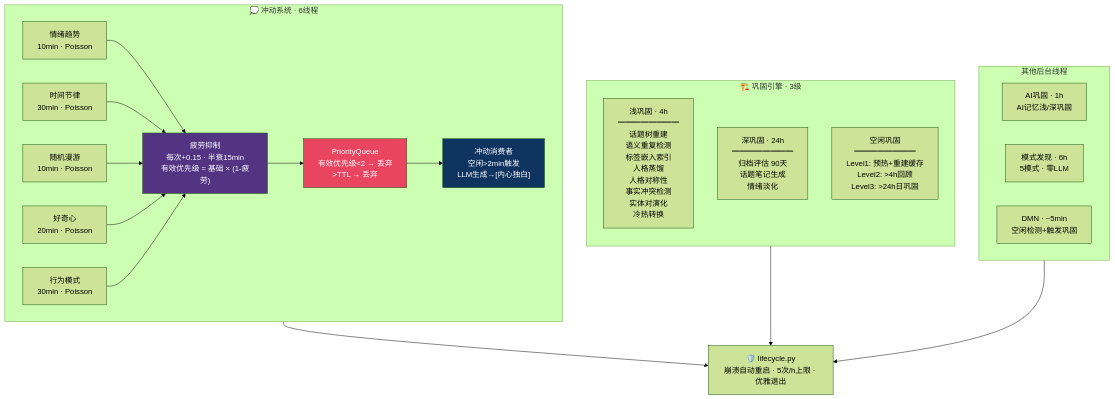
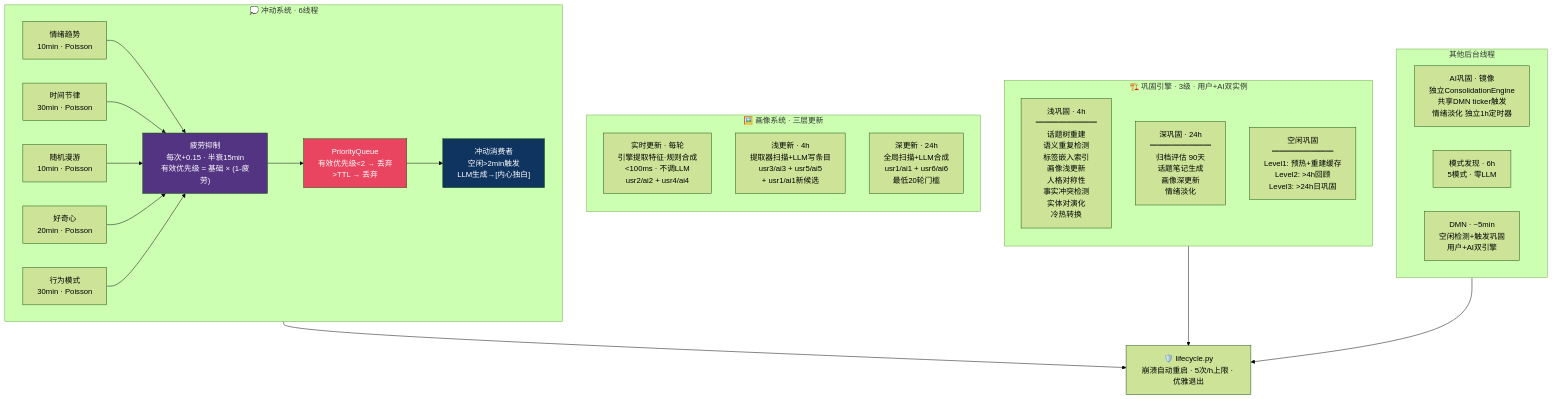
One commit to 834063245-creator/-First-beat.CH-MemorySystem changed the sixth of 11 diagrams in ARCHITECTURE_DIAGRAM.md. Above: the diagram before and after it, drawn with Mermaid (forest theme). The commit also changed other lines of this file and 4 other files, not shown here.

````diff
--- a/ARCHITECTURE_DIAGRAM.md
+++ b/ARCHITECTURE_DIAGRAM.md
@@ -204,36 +206,43 @@
 ```mermaid
 flowchart TB
     subgraph IMPULSE["💭 冲动系统 · 6线程"]
         direction LR
         IS1["情绪趋势<br/>10min · Poisson"]
         IS2["时间节律<br/>30min · Poisson"]
         IS3["随机漫游<br/>10min · Poisson"]
         IS4["好奇心<br/>20min · Poisson"]
         IS5["行为模式<br/>30min · Poisson"]
         
         IS1 & IS2 & IS3 & IS4 & IS5 --> FATIGUE["疲劳抑制<br/>每次+0.15 · 半衰15min<br/>有效优先级 = 基础 × (1-疲劳)"]
         FATIGUE --> PQ["PriorityQueue<br/>有效优先级<2 → 丢弃<br/>>TTL → 丢弃"]
         PQ --> CONSUMER["冲动消费者<br/>空闲>2min触发<br/>LLM生成→[内心独白]"]
     end
 
-    subgraph CONSOLIDATION["🏗️ 巩固引擎 · 3级"]
+    subgraph CONSOLIDATION["🏗️ 巩固引擎 · 3级 · 用户+AI双实例"]
         direction TB
-        SHALLOW["浅巩固 · 4h<br/>━━━━━━━━<br/>话题树重建<br/>语义重复检测<br/>标签嵌入索引<br/>人格蒸馏<br/>人格对称性<br/>事实冲突检测<br/>实体对演化<br/>冷热转换"]
-        DEEP["深巩固 · 24h<br/>━━━━━━━━<br/>归档评估 90天<br/>话题笔记生成<br/>情绪淡化"]
+        SHALLOW["浅巩固 · 4h<br/>━━━━━━━━<br/>话题树重建<br/>语义重复检测<br/>标签嵌入索引<br/>画像浅更新<br/>人格对称性<br/>事实冲突检测<br/>实体对演化<br/>冷热转换"]
+        DEEP["深巩固 · 24h<br/>━━━━━━━━<br/>归档评估 90天<br/>话题笔记生成<br/>画像深更新<br/>情绪淡化"]
         IDLE["空闲巩固<br/>━━━━━━━━<br/>Level1: 预热+重建缓存<br/>Level2: >4h回顾<br/>Level3: >24h日巩固"]
     end
 
+    subgraph PORTRAIT_BG["🖼️ 画像系统 · 三层更新"]
+        direction TB
+        PRT_RT["实时更新 · 每轮<br/>引擎提取特征·规则合成<br/><100ms · 不调LLM<br/>usr2/ai2 + usr4/ai4"]
+        PRT_SH["浅更新 · 4h<br/>提取器扫描+LLM写条目<br/>usr3/ai3 + usr5/ai5<br/>+ usr1/ai1新候选"]
+        PRT_DP["深更新 · 24h<br/>全局扫描+LLM合成<br/>usr1/ai1 + usr6/ai6<br/>最低20轮门槛"]
+    end
+
     subgraph OTHER["其他后台线程"]
-        AI_C["AI巩固 · 1h<br/>AI记忆浅/深巩固"]
+        AI_C["AI巩固 · 镜像<br/>独立ConsolidationEngine<br/>共享DMN ticker触发<br/>情绪淡化 独立1h定时器"]
         PAT["模式发现 · 6h<br/>5模式 · 零LLM"]
-        DMN["DMN · ~5min<br/>空闲检测+触发巩固"]
+        DMN["DMN · ~5min<br/>空闲检测+触发巩固<br/>用户+AI双引擎"]
     end
 
     LIFECYCLE["🛡️ lifecycle.py<br/>崩溃自动重启 · 5次/h上限 · 优雅退出"]
     
     IMPULSE & CONSOLIDATION & OTHER --> LIFECYCLE
 
     style FATIGUE fill:#533483,color:#fff
     style PQ fill:#e94560,color:#fff
     style CONSUMER fill:#0f3460,color:#fff
 ```
````
